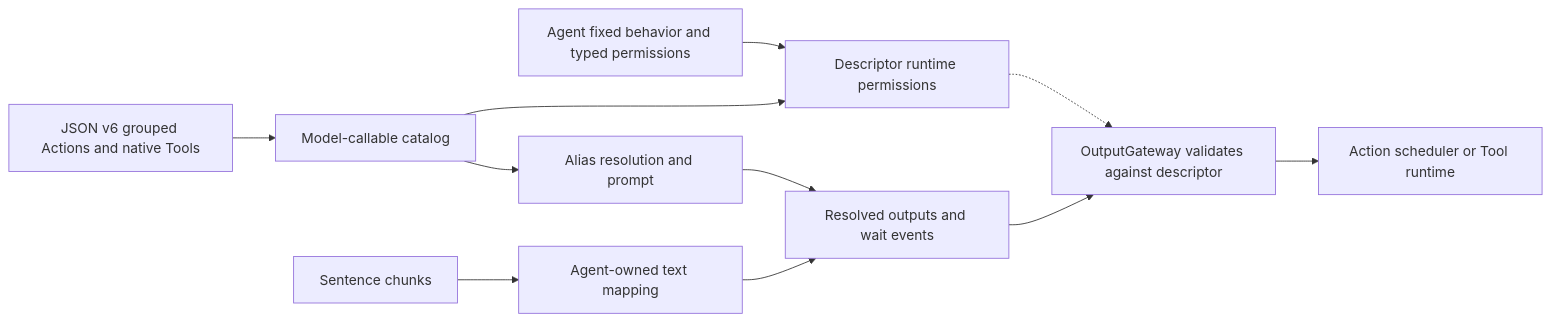
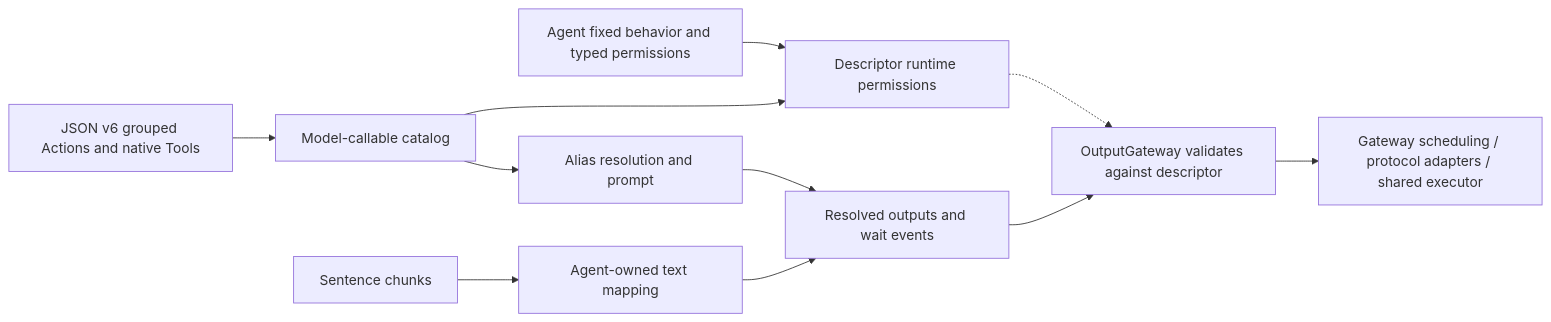
Before and after one commit to devilyouwei/MobileHarness: the third of 3 diagrams in MobileHarness/Agents/README.md, drawn with Mermaid. The commit also changed other lines of this file and 238 other files, not shown here.

First line of the commit message:
Separate callable Actions from Gateway execution and call protocols

````diff
--- a/MobileHarness/Agents/README.md
+++ b/MobileHarness/Agents/README.md
@@ -212,13 +176,13 @@
 ```mermaid
 flowchart LR
     JSON[JSON v6 grouped Actions and native Tools] --> Model[Model-callable catalog]
     Code[Agent fixed behavior and typed permissions] --> Runtime[Descriptor runtime permissions]
     Model --> Runtime
     Model --> Parser[Alias resolution and prompt]
     Text[Sentence chunks] --> Mapping[Agent-owned text mapping]
     Parser --> Calls[Resolved outputs and wait events]
     Mapping --> Calls
     Calls --> Gateway[OutputGateway validates against descriptor]
     Runtime -.-> Gateway
-    Gateway --> Execution[Action scheduler or Tool runtime]
+    Gateway --> Execution[Gateway scheduling / protocol adapters / shared executor]
 ```
````
